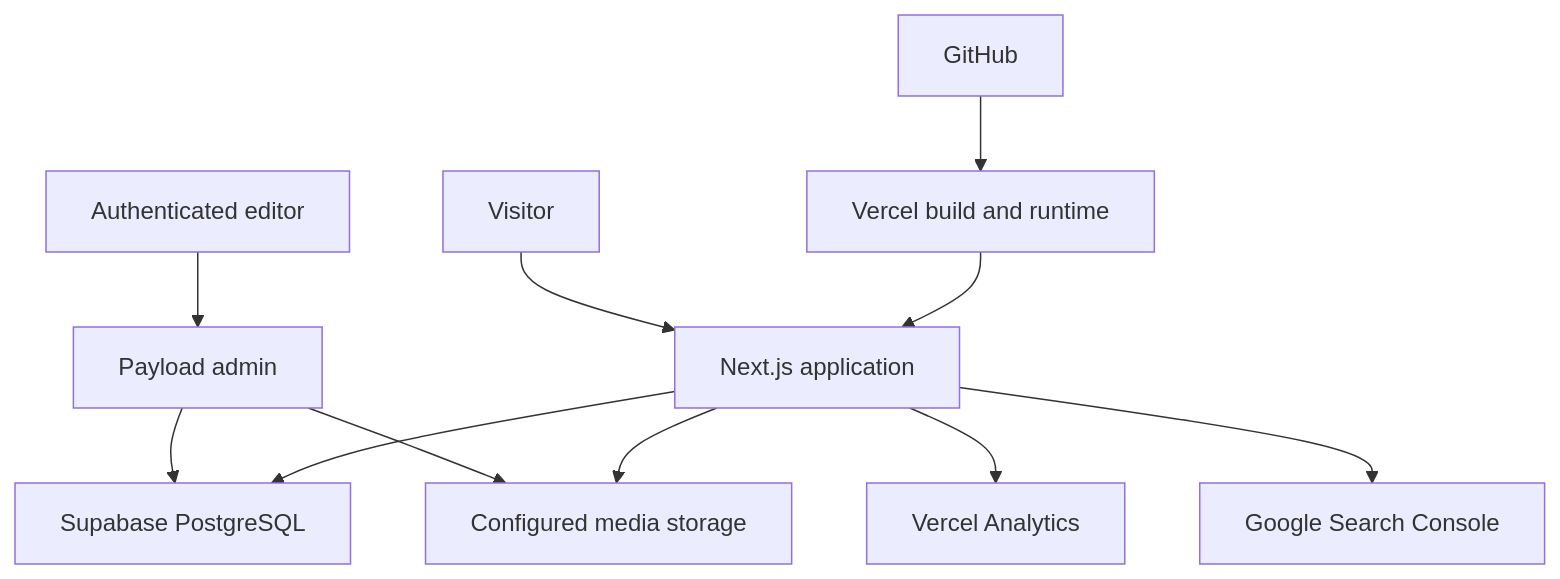
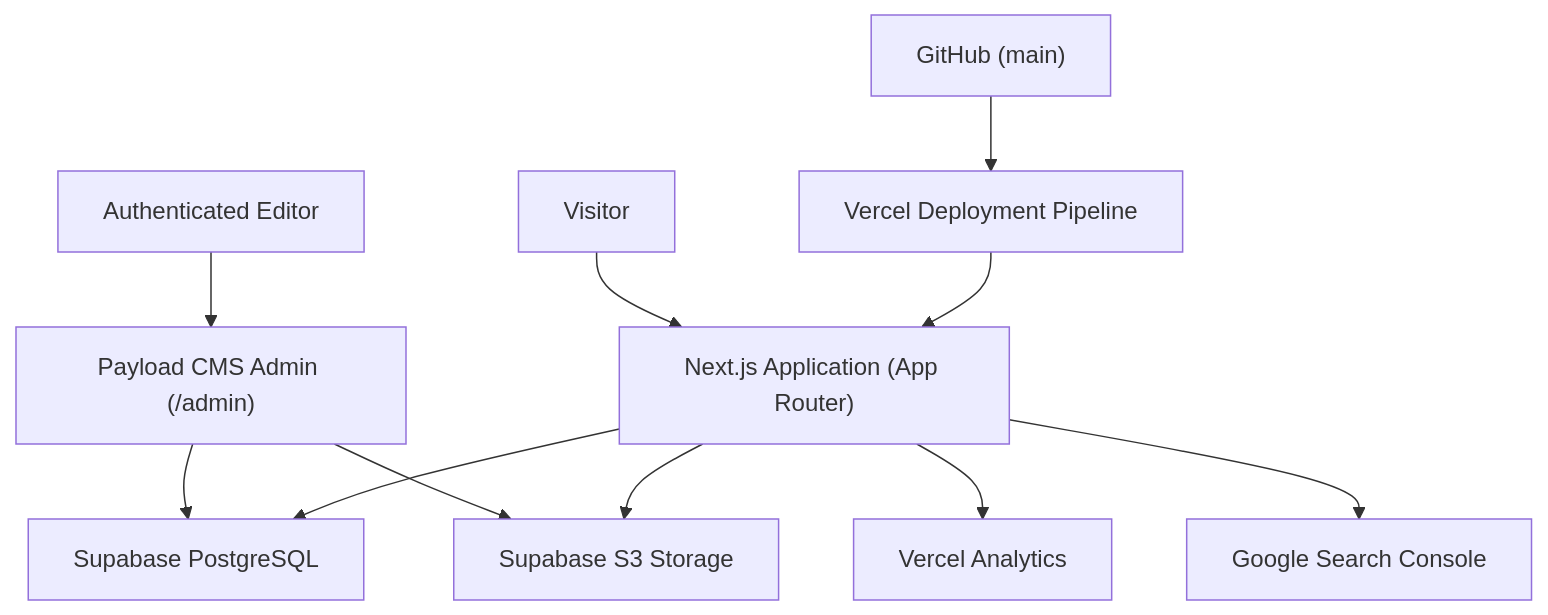
Before and after one commit to xvonpat/patrik-von-porat-portfolio: the first of 2 diagrams in docs/ai/TECHNICAL_SYSTEM.md, drawn with Mermaid. The commit also changed other lines of this file and 12 other files, not shown here.

````diff
--- a/docs/ai/TECHNICAL_SYSTEM.md
+++ b/docs/ai/TECHNICAL_SYSTEM.md
@@ -42,13 +31,13 @@
 ```mermaid
 flowchart TD
-    U["Visitor"] --> W["Next.js application"]
-    A["Authenticated editor"] --> P["Payload admin"]
+    U["Visitor"] --> W["Next.js Application (App Router)"]
+    A["Authenticated Editor"] --> P["Payload CMS Admin (/admin)"]
     P --> DB["Supabase PostgreSQL"]
-    P --> MS["Configured media storage"]
+    P --> MS["Supabase S3 Storage"]
     W --> DB
     W --> MS
-    GH["GitHub"] --> VC["Vercel build and runtime"]
+    GH["GitHub (main)"] --> VC["Vercel Deployment Pipeline"]
     VC --> W
     W --> VA["Vercel Analytics"]
     W --> SC["Google Search Console"]
 ```
````
